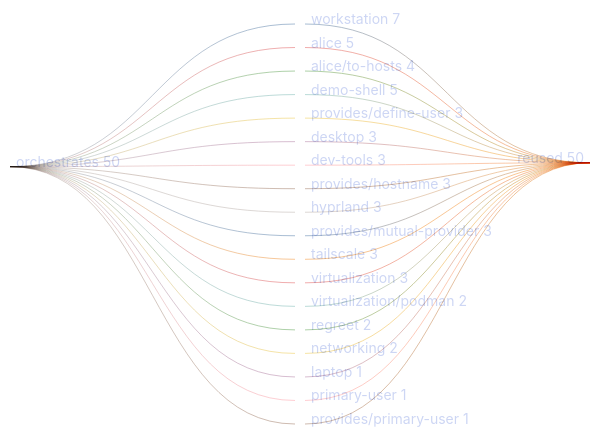
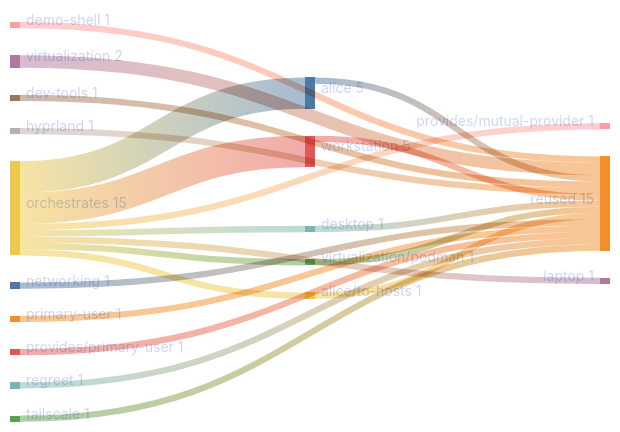
Before and after one commit to sini/den: the diagram in templates/diag-fx-demo/diagrams/laptop-fan.md, drawn with Mermaid. The commit also changed 849 other files, not shown here.

Commit message:
chore: update fx diagrams

````diff
--- a/templates/diag-fx-demo/diagrams/laptop-fan.md
+++ b/templates/diag-fx-demo/diagrams/laptop-fan.md
@@ -5,41 +5,26 @@
 ```mermaid
 %%{init: {"theme":"base","themeVariables":{"activationBkgColor":"#313244","activationBorderColor":"#6c7086","actorBkg":"#313244","actorBorder":"#a6adc8","actorLineColor":"#a6adc8","actorTextColor":"#cdd6f4","background":"#1e1e2e","classText":"#cdd6f4","clusterBkg":"#313244","clusterBorder":"#6c7086","edgeLabelBackground":"#1e1e2e","labelBoxBkgColor":"#313244","labelBoxBorderColor":"#a6adc8","labelTextColor":"#cdd6f4","lineColor":"#a6adc8","loopTextColor":"#cdd6f4","mainBkg":"#313244","nodeBkg":"#313244","nodeBorder":"#a6adc8","nodeTextColor":"#cdd6f4","noteBkgColor":"#313244","noteBorderColor":"#6c7086","noteTextColor":"#cdd6f4","pie1":"#f38ba8","pie2":"#fab387","pie3":"#f9e2af","pie4":"#a6e3a1","pie5":"#94e2d5","pie6":"#89b4fa","pie7":"#cba6f7","pie8":"#f2cdcd","pieLegendTextColor":"#cdd6f4","pieOuterStrokeColor":"#6c7086","pieSectionTextColor":"#cdd6f4","pieStrokeColor":"#6c7086","pieTitleTextColor":"#cdd6f4","primaryBorderColor":"#a6adc8","primaryColor":"#313244","primaryTextColor":"#cdd6f4","secondBkg":"#313244","secondaryBorderColor":"#6c7086","secondaryColor":"#313244","secondaryTextColor":"#cdd6f4","sequenceNumberColor":"#1e1e2e","signalColor":"#a6adc8","signalTextColor":"#cdd6f4","tertiaryBorderColor":"#6c7086","tertiaryColor":"#313244","tertiaryTextColor":"#cdd6f4","textColor":"#cdd6f4","titleColor":"#cdd6f4"}}}%%
 sankey-beta
 
-"workstation","reused",7
-"alice","reused",4
-"demo-shell","reused",5
-"alice/to-hosts","reused",3
-"provides/define-user","reused",3
-"desktop","reused",3
-"dev-tools","reused",3
-"provides/hostname","reused",3
-"hyprland","reused",3
-"provides/mutual-provider","reused",3
-"tailscale","reused",2
-"virtualization","reused",3
-"virtualization/podman","reused",2
-"regreet","reused",2
+"alice","reused",1
+"workstation","reused",1
+"desktop","reused",1
+"virtualization/podman","reused",1
+"alice/to-hosts","reused",1
+"virtualization","reused",2
+"demo-shell","reused",1
+"dev-tools","reused",1
+"hyprland","reused",1
 "networking","reused",1
-"laptop","reused",1
 "primary-user","reused",1
 "provides/primary-user","reused",1
-"orchestrates","workstation",6
+"regreet","reused",1
+"tailscale","reused",1
 "orchestrates","alice",5
-"orchestrates","demo-shell",3
-"orchestrates","alice/to-hosts",4
-"orchestrates","provides/define-user",3
-"orchestrates","desktop",3
-"orchestrates","dev-tools",3
-"orchestrates","provides/hostname",3
-"orchestrates","hyprland",3
-"orchestrates","provides/mutual-provider",3
-"orchestrates","tailscale",3
-"orchestrates","virtualization",2
-"orchestrates","virtualization/podman",2
-"orchestrates","regreet",2
-"orchestrates","networking",2
+"orchestrates","workstation",5
+"orchestrates","desktop",1
+"orchestrates","virtualization/podman",1
+"orchestrates","alice/to-hosts",1
 "orchestrates","laptop",1
-"orchestrates","primary-user",1
-"orchestrates","provides/primary-user",1
+"orchestrates","provides/mutual-provider",1
 ```
````
